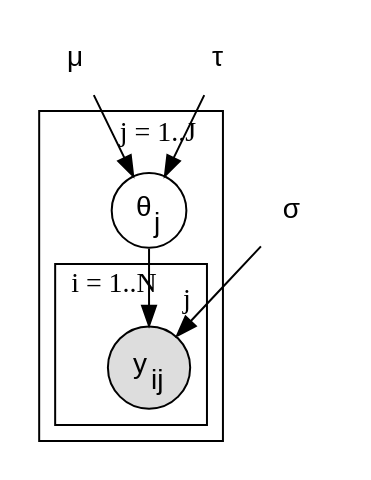
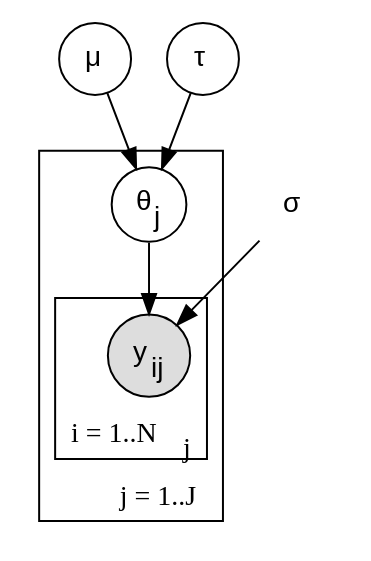
One commit to hchouTW/agentic-ai-skills changed the first of 2 diagrams in academic-diagrams/templates/bayesian-model.md. Above: the diagram before and after it, drawn with Graphviz. The commit also changed other lines of this file and 9 other files, not shown here.

First line of the commit message:
academic-diagrams: venue widths, Haiku second sample, and fixes it found

````diff
--- a/academic-diagrams/templates/bayesian-model.md
+++ b/academic-diagrams/templates/bayesian-model.md
@@ -20,17 +22,17 @@
 ```dot
 digraph model {
     rankdir=TB; node [fontname="Helvetica", shape=circle];
-    mu  [shape=plaintext, label=<&mu;>];
-    tau [shape=plaintext, label=<&tau;>];
+    mu  [label=<&mu;>];
+    tau [label=<&tau;>];
     sig [shape=plaintext, label=<&sigma;>];
     subgraph cluster_j {
-        label="j = 1..J"; labeljust=r;
+        label="j = 1..J"; labeljust=r; labelloc=b;
         th [label=<&theta;<sub>j</sub>>];
         subgraph cluster_i {
-            label=<i = 1..N<sub>j</sub>>; labeljust=r;
+            label=<i = 1..N<sub>j</sub>>; labeljust=r; labelloc=b;
             y [label=<y<sub>ij</sub>>, style=filled, fillcolor="#dddddd"];
         }
     }
     mu -> th; tau -> th; th -> y; sig -> y;
 }
 ```
````
